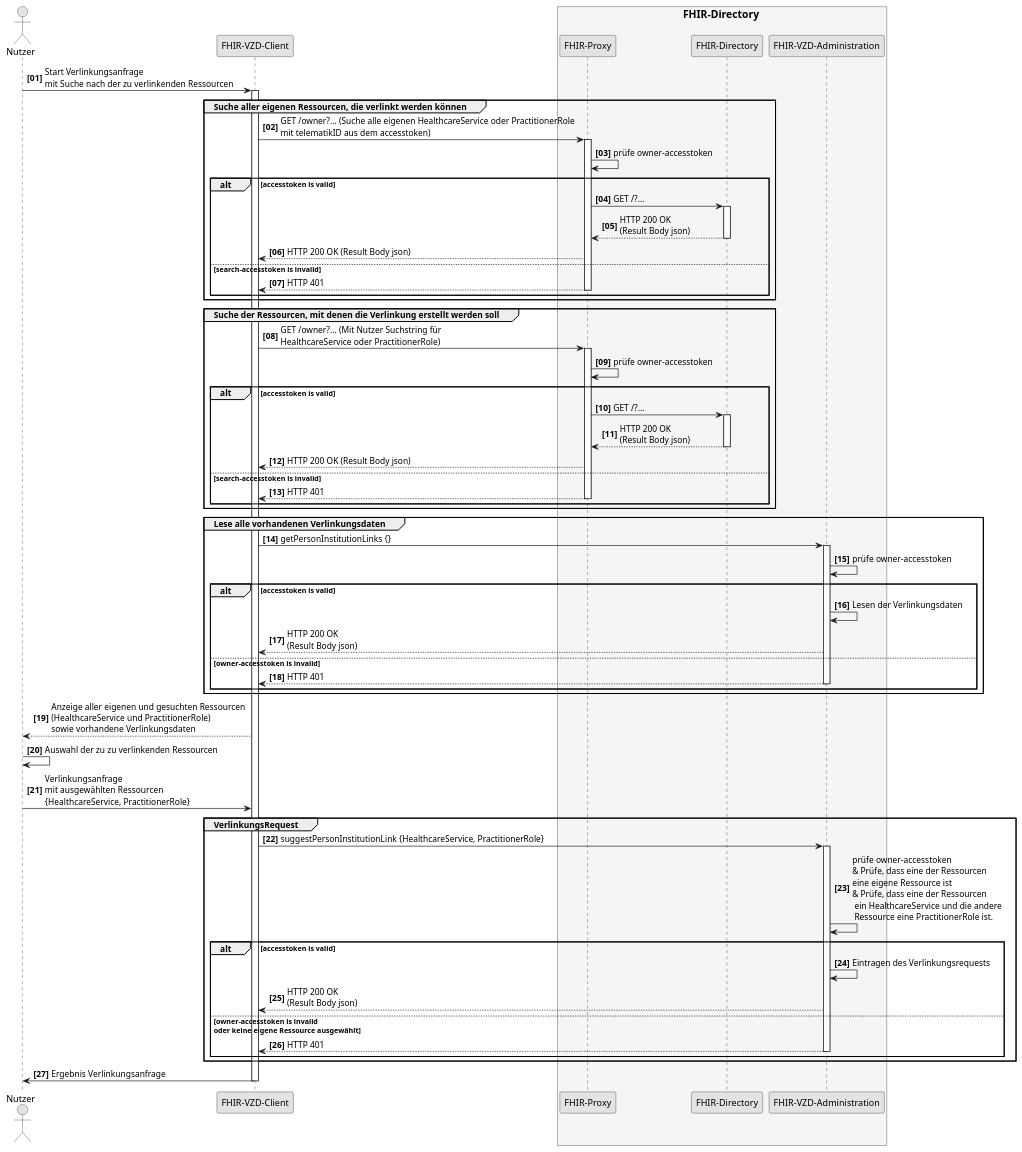
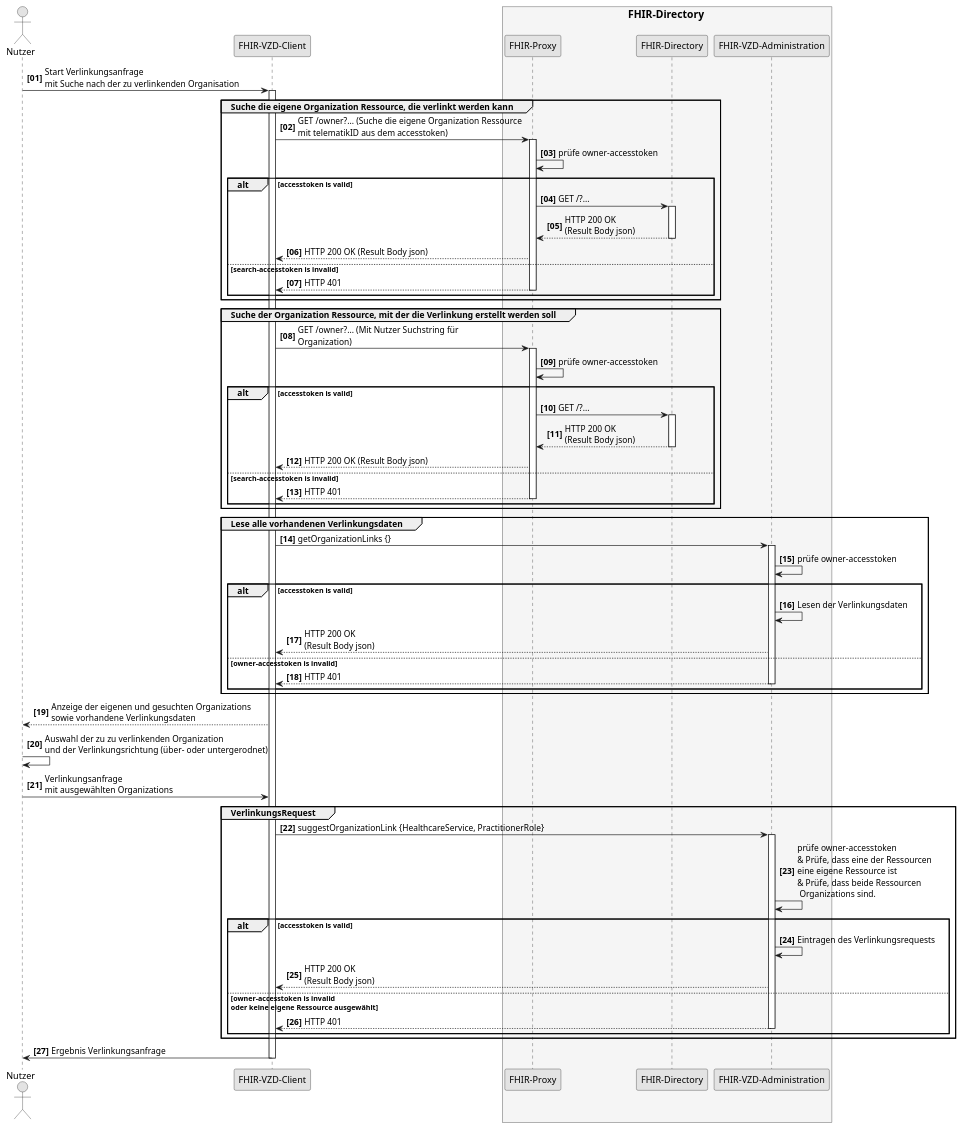
Before and after one commit to gematik/api-vzd: the diagram in src/plantuml/SequenceDiagram.FHIR_AF_10475_createLink.puml, drawn with PlantUML.

```diff
--- a/src/plantuml/SequenceDiagram.FHIR_AF_10475_createLink.puml
+++ b/src/plantuml/SequenceDiagram.FHIR_AF_10475_createLink.puml
@@ -1,90 +1,90 @@
 @startuml SequenceDiagram.FHIR-Directory.linkRequest
 skinparam dpi 100
 skinparam WrapWidth 200
 skinparam monochrome true
 autonumber "<b>[00]"
 
-'title "FHIR-Directory, Sequenzdiagram link request'
+'title "FHIR-Directory, Sequenzdiagram Organization link request'
 actor Nutzer
 participant cl as "FHIR-VZD-Client"
 box <size:16>FHIR-Directory</size> #WhiteSmoke
   participant fp as "FHIR-Proxy"
   participant fd as "FHIR-Directory"
   participant fa as "FHIR-VZD-Administration"
 end box
 
-Nutzer -> cl:Start Verlinkungsanfrage \nmit Suche nach der zu verlinkenden Ressourcen
+Nutzer -> cl:Start Verlinkungsanfrage \nmit Suche nach der zu verlinkenden Organisation
 activate cl
 
-group Suche aller eigenen Ressourcen, die verlinkt werden können
-  cl -> fp: GET /owner?... (Suche alle eigenen HealthcareService oder PractitionerRole \nmit telematikID aus dem accesstoken)
+group Suche die eigene Organization Ressource, die verlinkt werden kann
+  cl -> fp: GET /owner?... (Suche die eigene Organization Ressource\nmit telematikID aus dem accesstoken)
   activate fp
   fp -> fp: prüfe owner-accesstoken
 
     alt accesstoken is valid
       fp -> fd: GET /?...
       activate fd
       fd --> fp: HTTP 200 OK\n(Result Body json)
       deactivate fd
       fp --> cl: HTTP 200 OK (Result Body json)
      else search-accesstoken is invalid
       fp --> cl: HTTP 401
       deactivate fp
      end
 end
 
-group Suche der Ressourcen, mit denen die Verlinkung erstellt werden soll
-  cl -> fp: GET /owner?... (Mit Nutzer Suchstring für \nHealthcareService oder PractitionerRole)
+group Suche der Organization Ressource, mit der die Verlinkung erstellt werden soll
+  cl -> fp: GET /owner?... (Mit Nutzer Suchstring für \nOrganization)
   activate fp
   fp -> fp: prüfe owner-accesstoken
 
     alt accesstoken is valid
       fp -> fd: GET /?...
       activate fd
       fd --> fp: HTTP 200 OK\n(Result Body json)
       deactivate fd
       fp --> cl: HTTP 200 OK (Result Body json)
      else search-accesstoken is invalid
       fp --> cl: HTTP 401
       deactivate fp
      end
 end
 
 group Lese alle vorhandenen Verlinkungsdaten
-  cl -> fa: getPersonInstitutionLinks {}
+  cl -> fa: getOrganizationLinks {}
   activate fa
   fa -> fa: prüfe owner-accesstoken
     alt accesstoken is valid
       fa -> fa: Lesen der Verlinkungsdaten
       fa --> cl: HTTP 200 OK\n(Result Body json)
       
      else owner-accesstoken is invalid
       fa --> cl: HTTP 401
       deactivate fa
      end
 end
 
-cl --> Nutzer:Anzeige aller eigenen und gesuchten Ressourcen \n(HealthcareService und PractitionerRole) \nsowie vorhandene Verlinkungsdaten
-Nutzer -> Nutzer: Auswahl der zu zu verlinkenden Ressourcen
-Nutzer -> cl: Verlinkungsanfrage \nmit ausgewählten Ressourcen \n{HealthcareService, PractitionerRole}
+cl --> Nutzer:Anzeige der eigenen und gesuchten Organizations \nsowie vorhandene Verlinkungsdaten
+Nutzer -> Nutzer: Auswahl der zu zu verlinkenden Organization\nund der Verlinkungsrichtung (über- oder untergerodnet)
+Nutzer -> cl: Verlinkungsanfrage \nmit ausgewählten Organizations
 
 group VerlinkungsRequest
-  cl -> fa: suggestPersonInstitutionLink {HealthcareService, PractitionerRole}
+  cl -> fa: suggestOrganizationLink {HealthcareService, PractitionerRole}
   activate fa
-  fa -> fa: prüfe owner-accesstoken\n& Prüfe, dass eine der Ressourcen \neine eigene Ressource ist\n& Prüfe, dass eine der Ressourcen\n ein HealthcareService und die andere\n Ressource eine PractitionerRole ist.
+  fa -> fa: prüfe owner-accesstoken\n& Prüfe, dass eine der Ressourcen \neine eigene Ressource ist\n& Prüfe, dass beide Ressourcen\n Organizations sind.
 
     alt accesstoken is valid
       fa -> fa: Eintragen des Verlinkungsrequests
       fa --> cl: HTTP 200 OK\n(Result Body json)
       
      else owner-accesstoken is invalid\noder keine eigene Ressource ausgewählt
       fa --> cl: HTTP 401
       deactivate fa
      end
 end
 
 cl -> Nutzer: Ergebnis Verlinkungsanfrage
 
 deactivate cl
 
 @enduml
```
